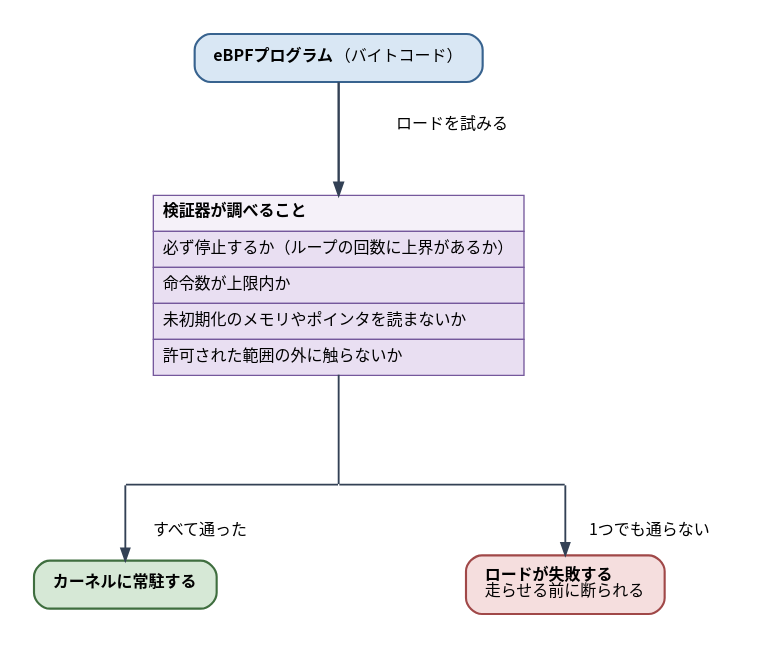
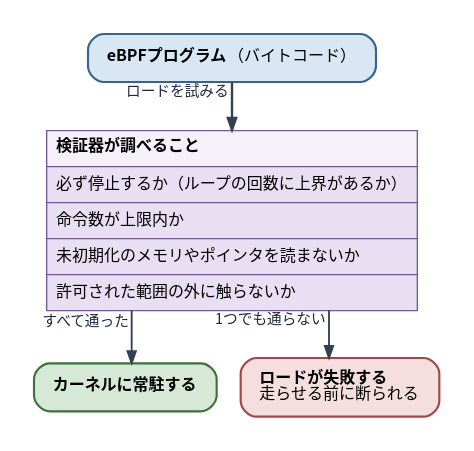
The diagram in diagrams/go-ebpf-primer/20260820-verifier.dot (ymotongpoo/zenn.dev), drawn with Graphviz before and after one commit. The commit also changed 85 other files, not shown here.

First line of the commit message:
change(go-ebpf-primer): 矢印が無駄に長くなる図をlayout=dotに書き直した

```diff
--- a/diagrams/go-ebpf-primer/20260820-verifier.dot
+++ b/diagrams/go-ebpf-primer/20260820-verifier.dot
@@ -1,48 +1,37 @@
 // 検証器が課す制約
 digraph verifier {
   graph [
-    layout=neato, inputscale=72, splines=line,
+    rankdir=TB, splines=ortho,
     fontname="Harano Aji Gothic,Noto Sans CJK JP,IPAGothic", fontsize=13,
     bgcolor="white", pad=0.25
   ];
   node [
     fontname="Harano Aji Gothic,Noto Sans CJK JP,IPAGothic", fontsize=12,
     shape=box, style="rounded,filled",
     fillcolor="#F1F5F9", color="#475569", penwidth=1.6,
     margin="0.2,0.14"
   ];
   edge [
     fontname="Harano Aji Gothic,Noto Sans CJK JP,IPAGothic", fontsize=11,
     color="#334155", penwidth=1.4, arrowsize=0.9,
     fontcolor="#1E293B"
   ];
 
-  prog [pos="250,480!", label=<<b>eBPFプログラム</b>（バイトコード）>, fillcolor="#D9E7F4", color="#38638F"];
-  L0 [pos="335,430!", shape=plaintext, style="", label="ロードを試みる"];
+  prog [label=<<b>eBPFプログラム</b>（バイトコード）>, fillcolor="#D9E7F4", color="#38638F"];
 
-  checks [pos="250,310!", shape=plain, style="", label=<
+  checks [shape=plain, style="", label=<
     <table border="0" cellborder="1" cellspacing="0" cellpadding="6" color="#75589C">
       <tr><td align="left" bgcolor="#F5F1F9"><b>検証器が調べること</b></td></tr>
       <tr><td align="left" bgcolor="#E9DFF2">必ず停止するか（ループの回数に上界があるか）</td></tr>
       <tr><td align="left" bgcolor="#E9DFF2">命令数が上限内か</td></tr>
       <tr><td align="left" bgcolor="#E9DFF2">未初期化のメモリやポインタを読まないか</td></tr>
       <tr><td align="left" bgcolor="#E9DFF2">許可された範囲の外に触らないか</td></tr>
     </table>>];
 
-  j  [pos="250,160!", shape=point, width=0.01, style=invis];
-  jl [pos="90,160!",  shape=point, width=0.01, style=invis];
-  jr [pos="420,160!", shape=point, width=0.01, style=invis];
+  ok [label=<<b>カーネルに常駐する</b>>, fillcolor="#D6E8D6", color="#3F6E3F"];
+  ng [label=<<b>ロードが失敗する</b><br align="left"/>走らせる前に断られる<br align="left"/>>, fillcolor="#F5DEDE", color="#A04848"];
 
-  ok [pos="90,85!", label=<<b>カーネルに常駐する</b>>, fillcolor="#D6E8D6", color="#3F6E3F"];
-  ng [pos="420,85!", label=<<b>ロードが失敗する</b><br align="left"/>走らせる前に断られる<br align="left"/>>, fillcolor="#F5DEDE", color="#A04848"];
-
-  L1 [pos="146,125!", shape=plaintext, style="", label="すべて通った"];
-  L2 [pos="483,125!", shape=plaintext, style="", label="1つでも通らない"];
-
-  prog -> checks [penwidth=1.8];
-  checks -> j [dir=none];
-  j -> jl [dir=none];
-  j -> jr [dir=none];
-  jl -> ok;
-  jr -> ng;
+  prog -> checks [penwidth=1.8, xlabel=" ロードを試みる"];
+  checks -> ok [xlabel=" すべて通った"];
+  checks -> ng [xlabel=" 1つでも通らない"];
 }
```
